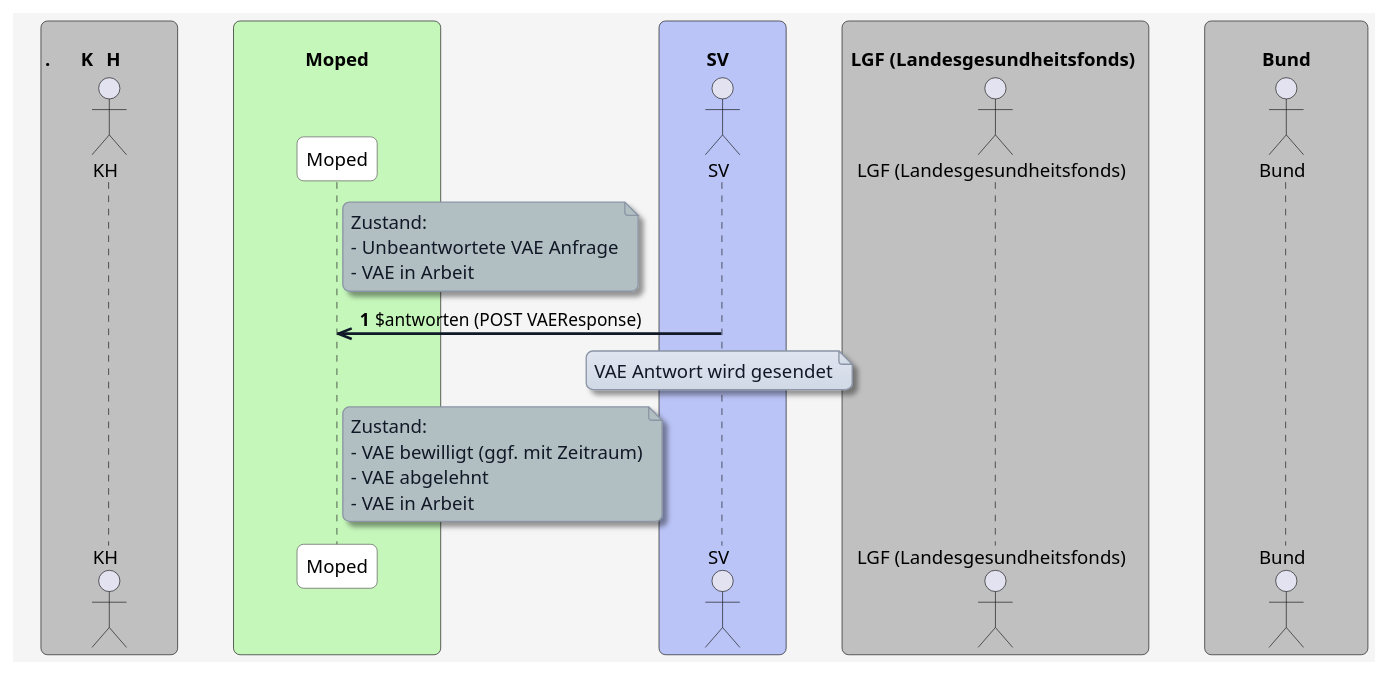
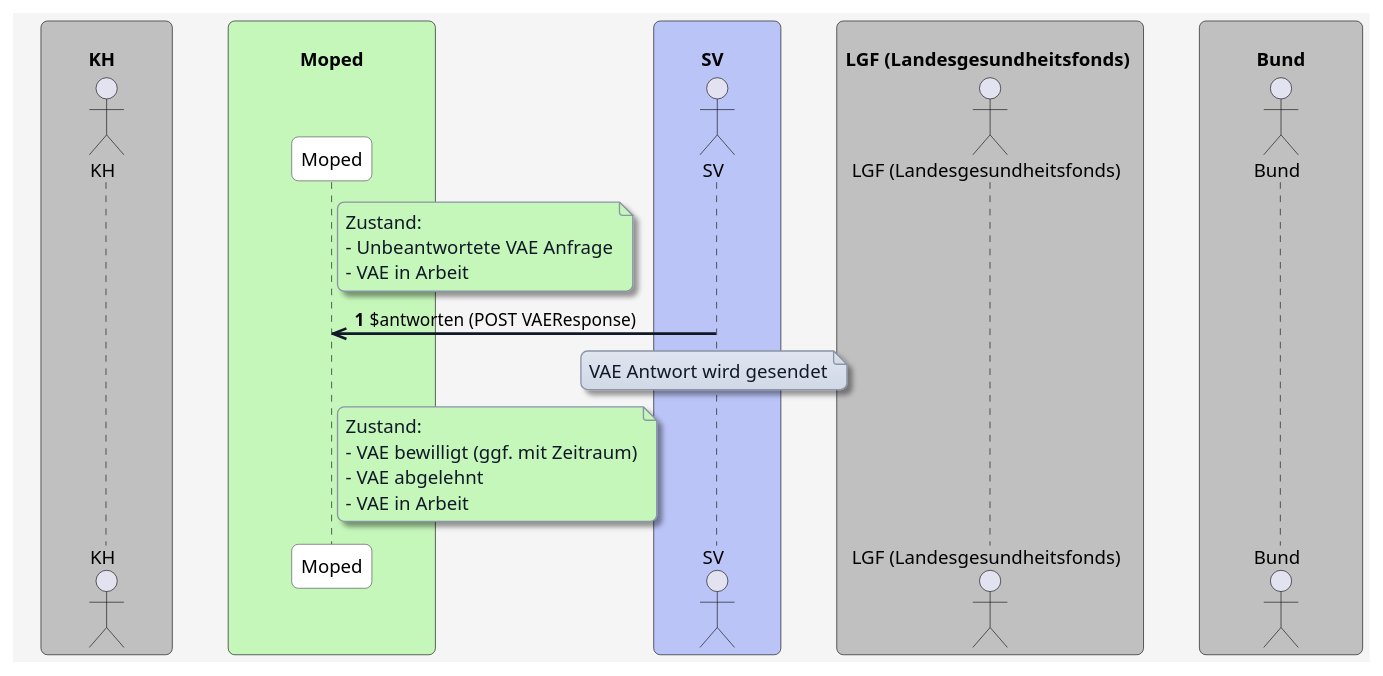
Before and after one commit to HL7Austria/ELGA-MOPED-R5: the diagram in input/images-source/antworten.plantuml, drawn with PlantUML. The commit also changed 8 other files, not shown here.

```diff
--- a/input/images-source/antworten.plantuml
+++ b/input/images-source/antworten.plantuml
@@ -1,82 +1,82 @@
 @startuml
 skinparam borderColor #000000
 skinparam backgroundColor #f5f5f5
 skinparam shadowing false
 skinparam roundCorner 10
 skinparam defaultFontName "Arial"
 skinparam defaultFontSize 14
 skinparam defaultFontColor #000000
 
 skinparam note {
   BackgroundColor #e0e5f0-#d1d9e6
   BorderColor #8b95a5
   BorderThickness 1
   RoundCorner 8
   Padding 6
   FontColor #111827
   Shadowing true
 }
 
 skinparam HyperlinkColor #0000EE
 skinparam HyperlinkUnderline false
 
 skinparam sequence {
   ParticipantBorderColor #555555
   ParticipantBackgroundColor #ffffff
   ParticipantFontColor #000000
   ParticipantFontSize 14
   ParticipantPadding 20
   ArrowColor #111827
   ArrowThickness 2
   ArrowFontColor #000000
   ArrowFontSize 13
   GroupBorderColor #111827
   GroupBackgroundColor #f3f4f6
   GroupBorderThickness 1
 }
 
 skinparam BoxPadding 20
 skinparam BoxBorderColor #555555
 
 
-box "\n.         KH           " #c0c0c0
+box "\n         KH           " #c0c0c0
   actor KH as "KH"
 end box
 
 box "\n              Moped              " #c5f7ba
   participant MP as "Moped"
 end box
 
 box "\n         SV           " #bac4f7
   actor SV as "SV"
 end box
 
 box "\n LGF (Landesgesundheitsfonds)  " #c0c0c0
   actor LGF as "LGF (Landesgesundheitsfonds)"
 end box
 
 box "\n           Bund           " #c0c0c0
   actor Bund as "Bund"
 end box
 
 autonumber
 
-note right of MP #b2bfc2
+note right of MP #c5f7ba
 Zustand:
 - Unbeantwortete VAE Anfrage
 - VAE in Arbeit
 end note
 
 SV ->> MP: $antworten (POST VAEResponse)
 note over SV
 VAE Antwort wird gesendet
 end note
 
-note right of MP #b2bfc2
+note right of MP #c5f7ba
 Zustand:
 - VAE bewilligt (ggf. mit Zeitraum)
 - VAE abgelehnt
 - VAE in Arbeit
 end note
 
 @enduml
```
